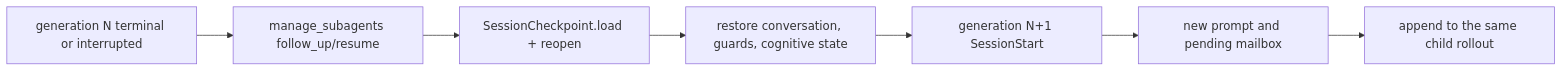
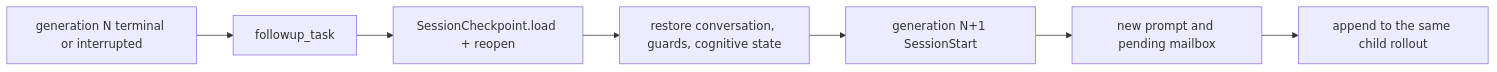
Before and after one commit to mangowhoiscloud/geode: the second of 3 diagrams in docs/plans/2026-08-06-durable-subagent-collaboration.md, drawn with Mermaid. The commit also changed other lines of this file and 53 other files, not shown here.

````diff
--- a/docs/plans/2026-08-06-durable-subagent-collaboration.md
+++ b/docs/plans/2026-08-06-durable-subagent-collaboration.md
@@ -88,9 +91,9 @@
 ```mermaid
 flowchart LR
-    A["generation N terminal or interrupted"] --> B["manage_subagents follow_up/resume"]
+    A["generation N terminal or interrupted"] --> B["followup_task"]
     B --> C["SessionCheckpoint.load + reopen"]
     C --> D["restore conversation, guards, cognitive state"]
     D --> E["generation N+1 SessionStart"]
     E --> F["new prompt and pending mailbox"]
     F --> G["append to the same child rollout"]
 ```
````
